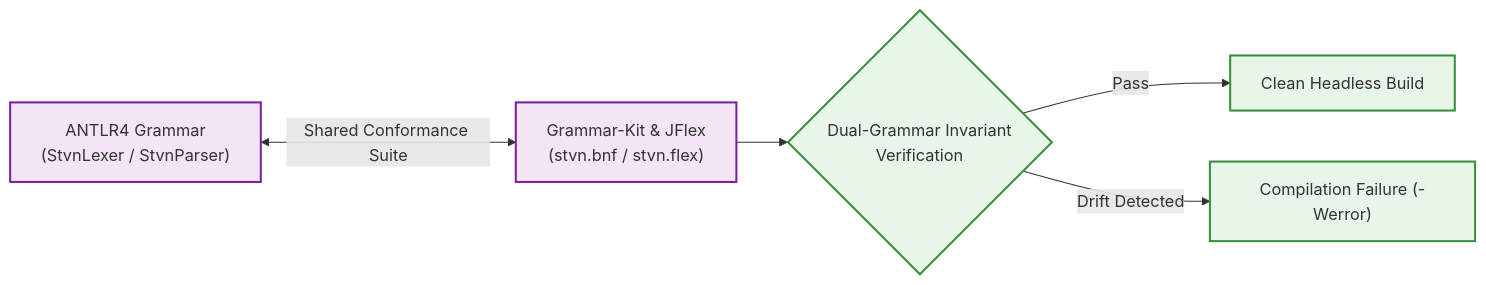
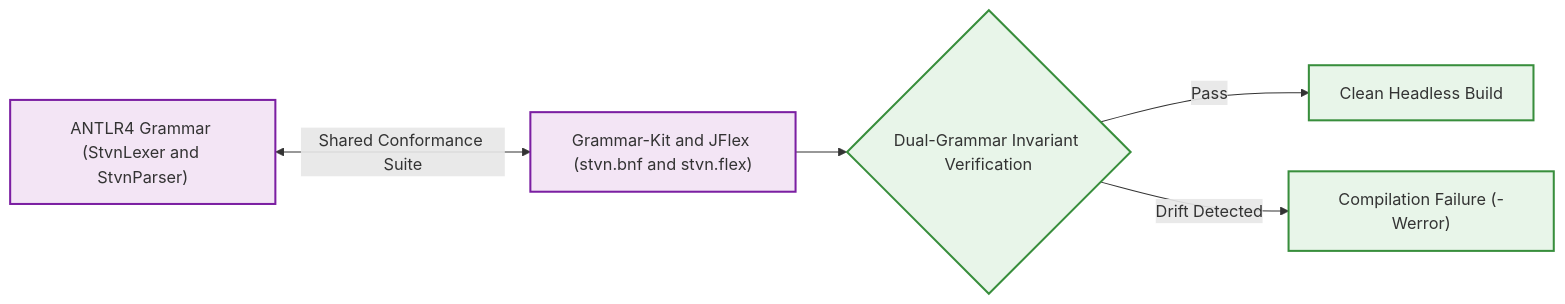
One commit to chaotic3quilibrium/stvnadore-plugin changed the second of 5 diagrams in docs/architecture/STVN_PLUGIN_SPEC.md. Above: the diagram before and after it, drawn with Mermaid. The commit also changed other lines of this file and 57 other files, not shown here.

````diff
--- a/docs/architecture/STVN_PLUGIN_SPEC.md
+++ b/docs/architecture/STVN_PLUGIN_SPEC.md
@@ -64,10 +61,10 @@
 ```mermaid
 flowchart LR
     classDef grammar fill:#F3E5F5,stroke:#7B1FA2,stroke-width:2px;
     classDef check fill:#E8F5E9,stroke:#388E3C,stroke-width:2px;
 
-    ANTLR["ANTLR4 Grammar\n(StvnLexer / StvnParser)"]:::grammar <-->|"Shared Conformance Suite"| JFlex["Grammar-Kit & JFlex\n(stvn.bnf / stvn.flex)"]:::grammar
-    JFlex --> Assert{"Dual-Grammar Invariant\nVerification"}:::check
+    ANTLR["ANTLR4 Grammar (StvnLexer and StvnParser)"]:::grammar <-->|"Shared Conformance Suite"| JFlex["Grammar-Kit and JFlex (stvn.bnf and stvn.flex)"]:::grammar
+    JFlex --> Assert{"Dual-Grammar Invariant Verification"}:::check
     Assert -- "Pass" --> Build["Clean Headless Build"]:::check
     Assert -- "Drift Detected" --> Fail["Compilation Failure (-Werror)"]:::check
 ```
````
